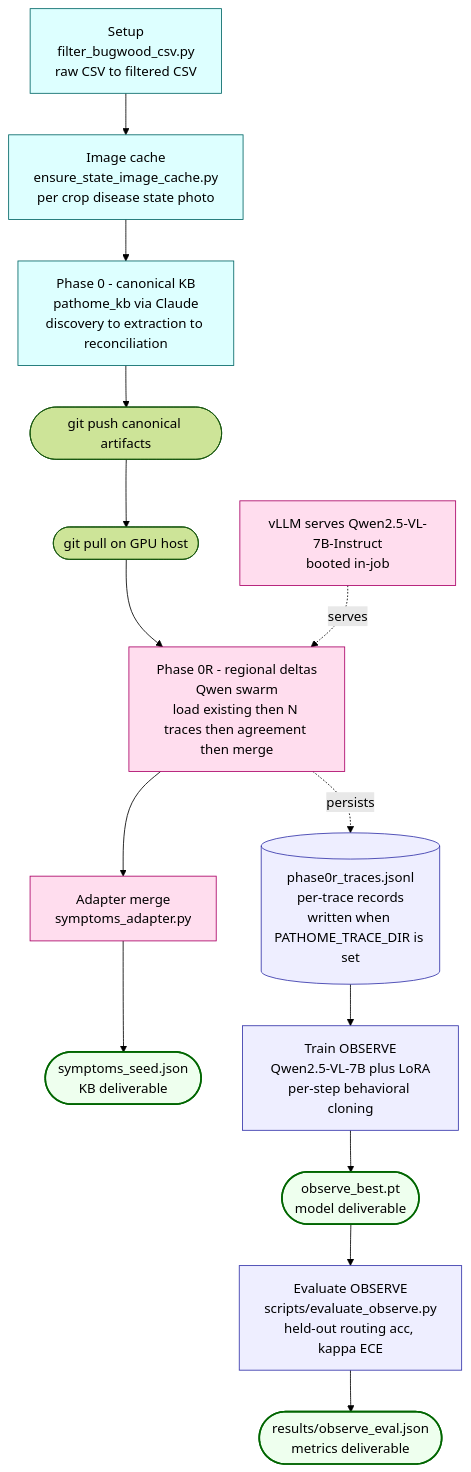
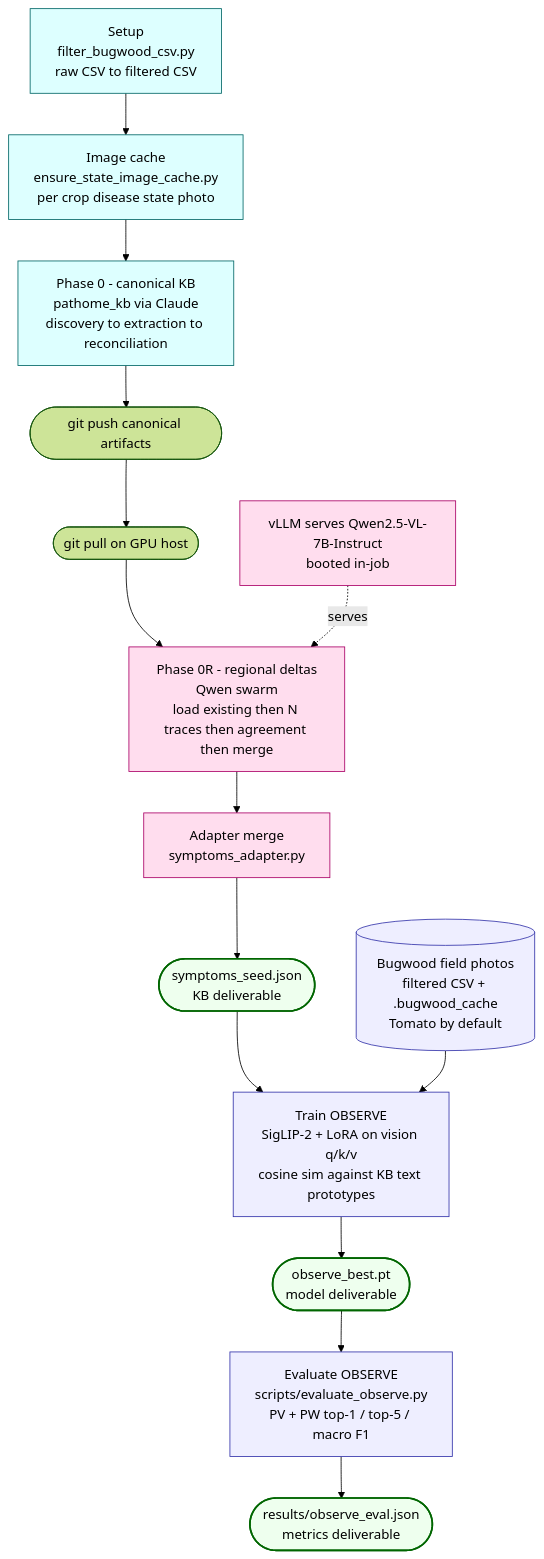
One commit to tirtho149/PlantSwarm changed the first of 5 diagrams in FLOW.md. Above: the diagram before and after it, drawn with Mermaid (forest theme). The commit also changed other lines of this file and 21 other files, not shown here.

````diff
--- a/FLOW.md
+++ b/FLOW.md
@@ -27,33 +27,33 @@
 ```mermaid
 flowchart TD
     SETUP[Setup<br/>filter_bugwood_csv.py<br/>raw CSV to filtered CSV]
     CACHE[Image cache<br/>ensure_state_image_cache.py<br/>per crop disease state photo]
     P0[Phase 0 - canonical KB<br/>pathome_kb via Claude<br/>discovery to extraction to reconciliation]
     PUSH([git push canonical artifacts])
     PULL([git pull on GPU host])
     VLLM[vLLM serves Qwen2.5-VL-7B-Instruct<br/>booted in-job]
     P0R[Phase 0R - regional deltas<br/>Qwen swarm<br/>load existing then N traces then agreement then merge]
     ADAPT[Adapter merge<br/>symptoms_adapter.py]
     SEED([symptoms_seed.json<br/>KB deliverable])
-    TRACES[(phase0r_traces.jsonl<br/>per-trace records<br/>written when PATHOME_TRACE_DIR is set)]
-    TRAIN[Train OBSERVE<br/>Qwen2.5-VL-7B plus LoRA<br/>per-step behavioral cloning]
+    BUGWOOD[(Bugwood field photos<br/>filtered CSV + .bugwood_cache<br/>Tomato by default)]
+    TRAIN[Train OBSERVE<br/>SigLIP-2 + LoRA on vision q/k/v<br/>cosine sim against KB text prototypes]
     CKPT([observe_best.pt<br/>model deliverable])
-    EVAL[Evaluate OBSERVE<br/>scripts/evaluate_observe.py<br/>held-out routing acc, kappa ECE]
+    EVAL[Evaluate OBSERVE<br/>scripts/evaluate_observe.py<br/>PV + PW top-1 / top-5 / macro F1]
     METRICS([results/observe_eval.json<br/>metrics deliverable])
 
     SETUP --> CACHE --> P0
     P0 --> PUSH --> PULL --> P0R
     VLLM -.serves.-> P0R --> ADAPT --> SEED
-    P0R -.persists.-> TRACES
-    TRACES --> TRAIN --> CKPT
+    SEED --> TRAIN
+    BUGWOOD --> TRAIN --> CKPT
     CKPT --> EVAL --> METRICS
 
     classDef local fill:#dff,stroke:#066,stroke-width:1px
     classDef gpu fill:#fde,stroke:#a06,stroke-width:1px
     classDef student fill:#eef,stroke:#33a,stroke-width:1px
     classDef terminal fill:#efe,stroke:#060,stroke-width:2px
     class SETUP,CACHE,P0 local
     class VLLM,P0R,ADAPT gpu
-    class TRACES,TRAIN,EVAL student
+    class BUGWOOD,TRAIN,EVAL student
     class SEED,CKPT,METRICS terminal
 ```
````
